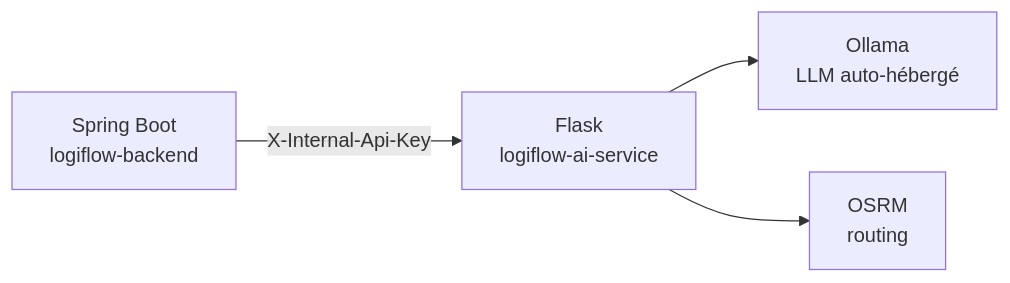
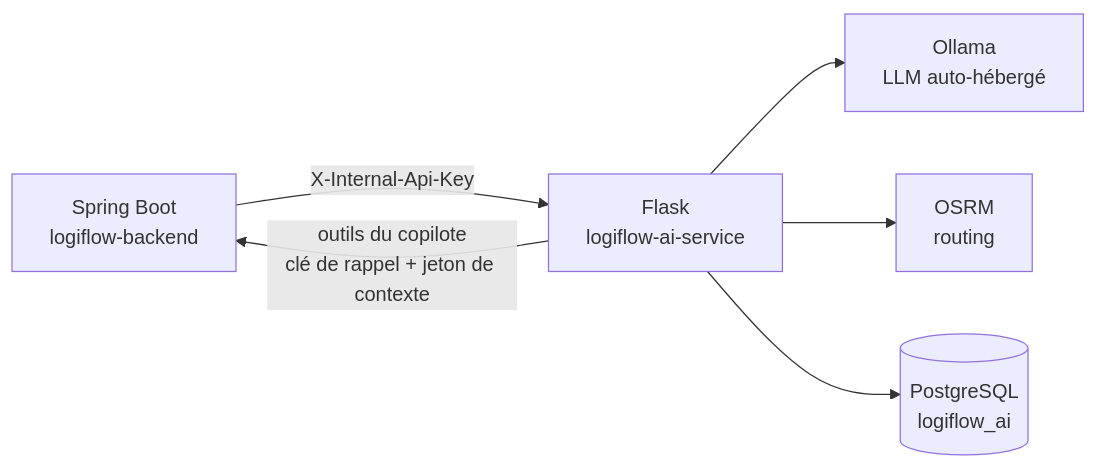
Before and after one commit to ibrahim-stitou/logiflow-ai-service: the diagram in docs/architecture.md, drawn with Mermaid. The commit also changed other lines of this file and 2 other files, not shown here.

Commit message:
docs(copilote): architecture, README et CI avec PostgreSQL pgvector

````diff
--- a/docs/architecture.md
+++ b/docs/architecture.md
@@ -11,6 +11,8 @@
 ```mermaid
 graph LR
     SB[Spring Boot<br/>logiflow-backend] -->|X-Internal-Api-Key| FL[Flask<br/>logiflow-ai-service]
+    FL -->|outils du copilote<br/>clé de rappel + jeton de contexte| SB
     FL --> OL[Ollama<br/>LLM auto-hébergé]
     FL --> OS[OSRM<br/>routing]
+    FL --> DB[(PostgreSQL<br/>logiflow_ai)]
 ```
````
